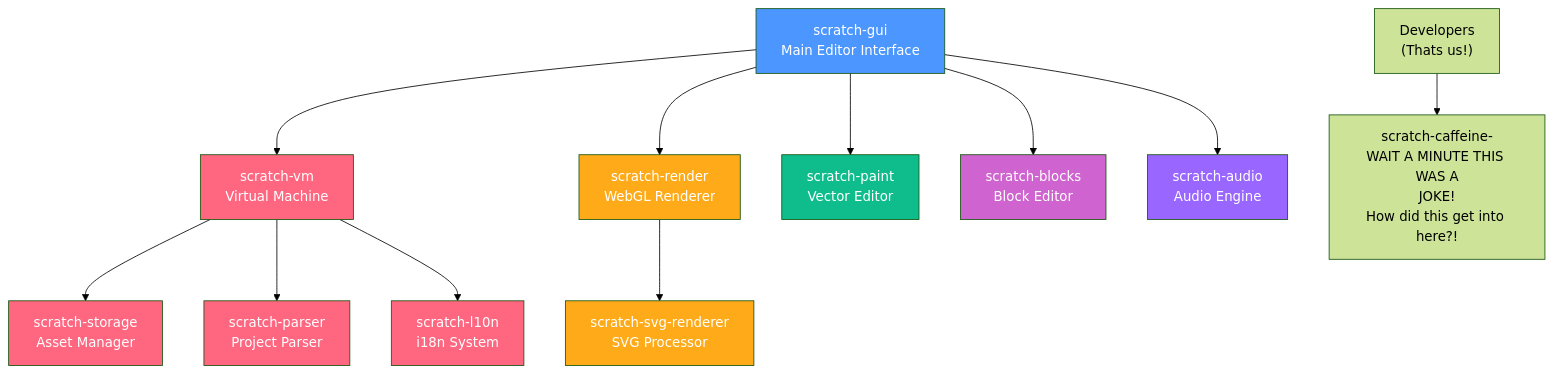
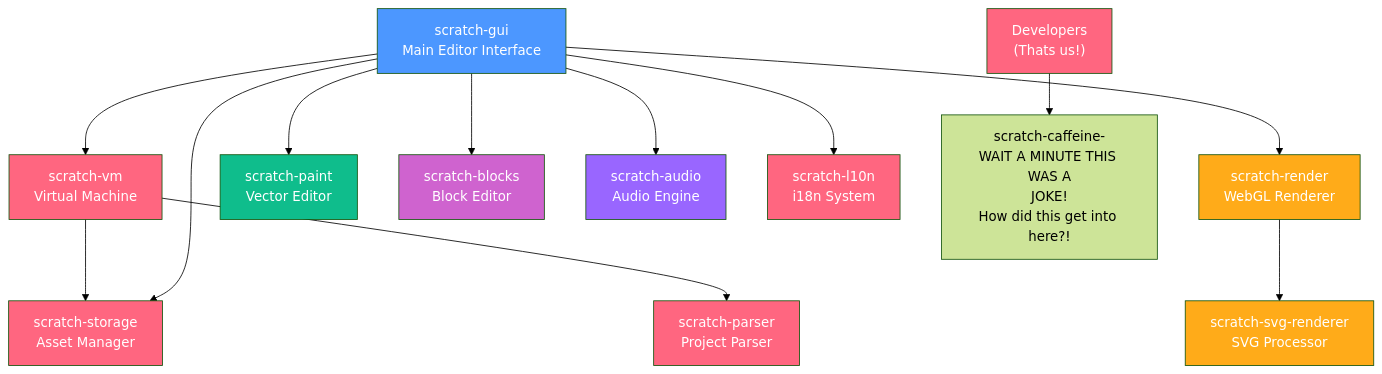
The diagram in scratch-gui/README.md (OmniBlocks/monorepo), drawn with Mermaid (forest theme) before and after one commit.

Commit message:
update the mermaid thing to be more accurate AND CLICKABLE WOW

````diff
--- a/scratch-gui/README.md
+++ b/scratch-gui/README.md
@@ -109,24 +109,41 @@
 ```mermaid
 graph TD
     A["scratch-gui<br/>Main Editor Interface"] --> B["scratch-vm<br/>Virtual Machine"]
     A --> C["scratch-render<br/>WebGL Renderer"]
     A --> D["scratch-paint<br/>Vector Editor"]
     A --> E["scratch-blocks<br/>Block Editor"]
     A --> F["scratch-audio<br/>Audio Engine"]
     B --> G["scratch-storage<br/>Asset Manager"]
     C --> H["scratch-svg-renderer<br/>SVG Processor"]
     B --> I["scratch-parser<br/>Project Parser"]
-    B --> J["scratch-l10n<br/>i18n System"]
+    A --> G
+    A --> J["scratch-l10n<br/>i18n System"]
     K["Developers<br/>(Thats us!)"] --> L["scratch-caffeine-<br/>WAIT A MINUTE THIS WAS A<br/>JOKE!<br/>How did this get into here?!"]
     
+    %% Styles
     style A fill:#4C97FF,color:#fff
     style B fill:#FF6680,color:#fff
     style C fill:#FFAB19,color:#fff
     style D fill:#0FBD8C,color:#fff
     style E fill:#CF63CF,color:#fff
     style F fill:#9966FF,color:#fff
     style G fill:#FF6680,color:#fff
     style H fill:#FFAB19,color:#fff
     style I fill:#FF6680,color:#fff
     style J fill:#FF6680,color:#fff
+    style K fill:#FF6680,color:#fff,font:Comic Sans
+
+    %% Click Interactions
+    click A "https://github.com/OmniBlocks/scratch-gui" "View scratch-gui repo"
+    click B "https://github.com/OmniBlocks/scratch-vm" "View scratch-vm repo"
+    click C "https://github.com/OmniBlocks/scratch-render" "View scratch-render repo"
+    click D "https://github.com/OmniBlocks/scratch-paint" "View scratch-paint repo"
+    click E "https://github.com/OmniBlocks/scratch-blocks" "View scratch-blocks repo"
+    click F "https://github.com/OmniBlocks/scratch-audio" "View scratch-audio repo"
+    click G "https://github.com/OmniBlocks/scratch-storage" "View scratch-storage repo"
+    click H "https://github.com/OmniBlocks/scratch-svg-renderer" "View scratch-svg-renderer repo"
+    click I "https://github.com/OmniBlocks/scratch-parser" "View scratch-parser repo"
+    click J "https://github.com/OmniBlocks/scratch-l10n" "View scratch-l10n repo"
+    
+    click K "https://github.com/OmniBlocks" "Visit OmniBlocks GitHub"
 ```
````
